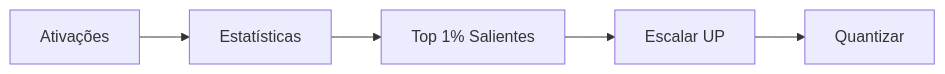
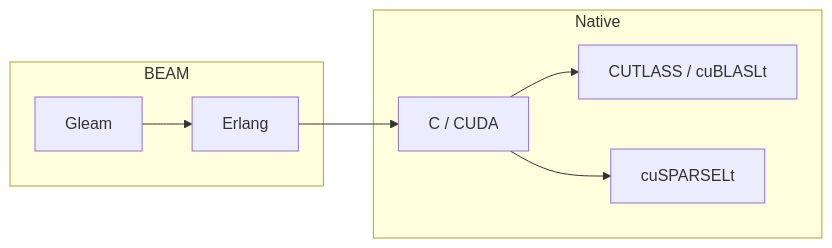
Before and after one commit to gabrielmaialva33/viva_tensor: the first of 2 diagrams in docs/pt-br/paper.md, drawn with Mermaid. The commit also changed other lines of this file and 10 other files, not shown here.

````diff
--- a/docs/pt-br/paper.md
+++ b/docs/pt-br/paper.md
@@ -67,7 +33,14 @@
 ```mermaid
 flowchart LR
-    A[Ativações] --> S[Estatísticas]
-    S --> T["Top 1% Salientes"]
-    T --> U["Escalar UP"]
-    U --> Q[Quantizar]
+    subgraph BEAM
+        G[Gleam]
+        E[Erlang]
+    end
+    subgraph Native
+        C[C / CUDA]
+        T[CUTLASS / cuBLASLt]
+        S[cuSPARSELt]
+    end
+    G --> E --> C --> T
+    C --> S
 ```
````
